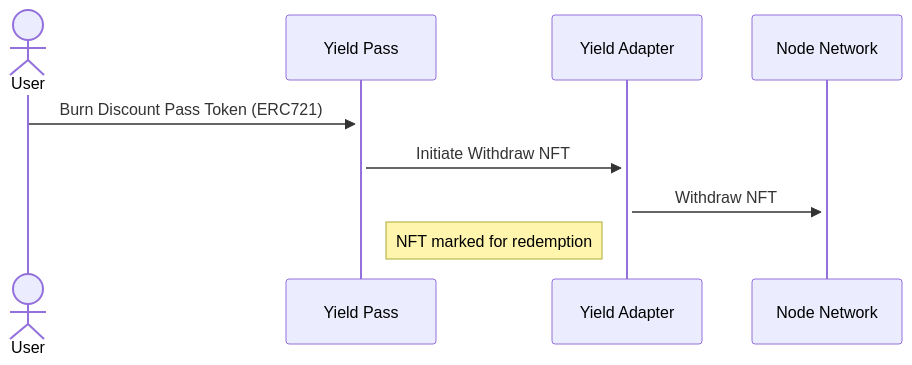
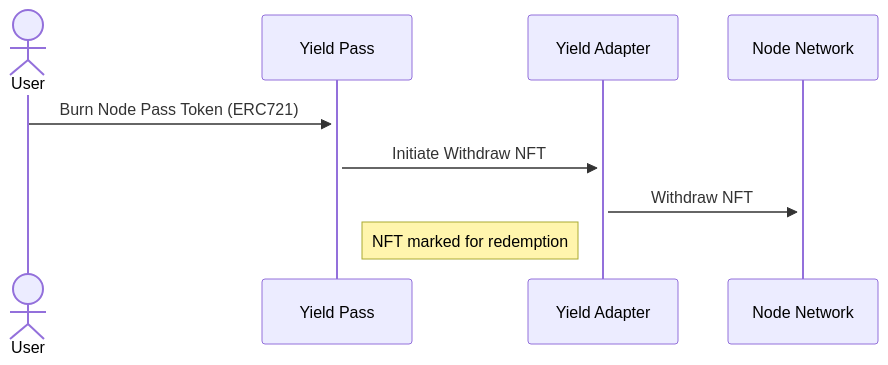
Before and after one commit to metastreet-labs/metastreet-yield-pass: the fourth of 5 diagrams in docs/DESIGN.md, drawn with Mermaid. The commit also changed other lines of this file and 18 other files, not shown here.

Commit message:
src: rename discount pass to node pass in codebase

````diff
--- a/docs/DESIGN.md
+++ b/docs/DESIGN.md
@@ -125,8 +125,8 @@
 ```mermaid
 sequenceDiagram
     actor User
-    User->>+Yield Pass: Burn Discount Pass Token (ERC721)
+    User->>+Yield Pass: Burn Node Pass Token (ERC721)
     Yield Pass->>+Yield Adapter: Initiate Withdraw NFT
     Yield Adapter->>+Node Network: Withdraw NFT
     Note right of Yield Pass: NFT marked for redemption
 ```
````
